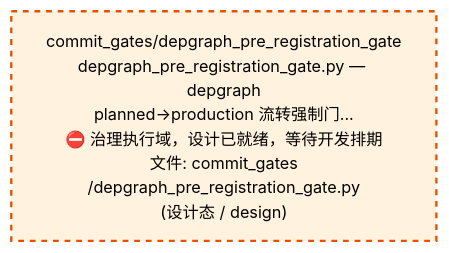
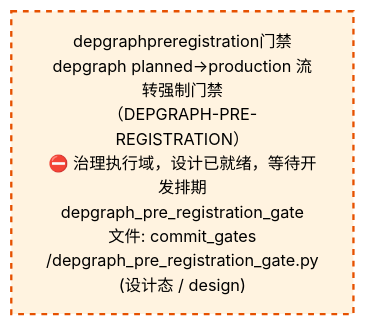
The third of 4 diagrams in docs/02_enterprise_architecture/02_domain_architecture_docs/53_d_gov_enforcement.md (xuanFelixVan/ZephyrAlpha), drawn with Mermaid before and after one commit. The commit also changed other lines of this file and 54 other files, not shown here.

````diff
--- a/docs/02_enterprise_architecture/02_domain_architecture_docs/53_d_gov_enforcement.md
+++ b/docs/02_enterprise_architecture/02_domain_architecture_docs/53_d_gov_enforcement.md
@@ -342,10 +342,10 @@
 ```mermaid
 %%{init: {'theme': 'base', 'themeVariables': {'primaryColor': '#eaeaea', 'primaryTextColor': '#333333', 'primaryBorderColor': '#666666', 'lineColor': '#666666', 'secondaryColor': '#eaeaea', 'tertiaryColor': '#eaeaea', 'fontSize': '14px'}}}%%
 flowchart TD
-    src_zephyr_gov_enforcement_commit_gates_depgraph_pre_registration_gate_py["commit_gates/depgraph_pre_registration_gate<br/>depgraph_pre_registration_gate.py — depgraph<br/>planned→production 流转强制门...<br/>⛔ 治理执行域，设计已就绪，等待开发排期<br/>文件: commit_gates<br/>/depgraph_pre_registration_gate.py<br/>(设计态 / design)"]
+    src_zephyr_gov_enforcement_commit_gates_depgraph_pre_registration_gate_py["depgraphpreregistration门禁<br/>depgraph planned→production 流转强制门禁<br/>（DEPGRAPH-PRE-REGISTRATION）<br/>⛔ 治理执行域，设计已就绪，等待开发排期<br/>depgraph_pre_registration_gate<br/>文件: commit_gates<br/>/depgraph_pre_registration_gate.py<br/>(设计态 / design)"]
     classDef production fill:#e1f5fe,stroke:#01579b,stroke-width:2px,color:#000
     classDef design fill:#fff3e0,stroke:#e65100,stroke-width:2px,color:#000,stroke-dasharray: 5 5
     classDef external_prod fill:#e8f4fd,stroke:#0277bd,stroke-width:1px,color:#000
     classDef external_design fill:#fff8e7,stroke:#ef6c00,stroke-width:1px,color:#000,stroke-dasharray: 5 5
     class src_zephyr_gov_enforcement_commit_gates_depgraph_pre_registration_gate_py design
 ```
````
